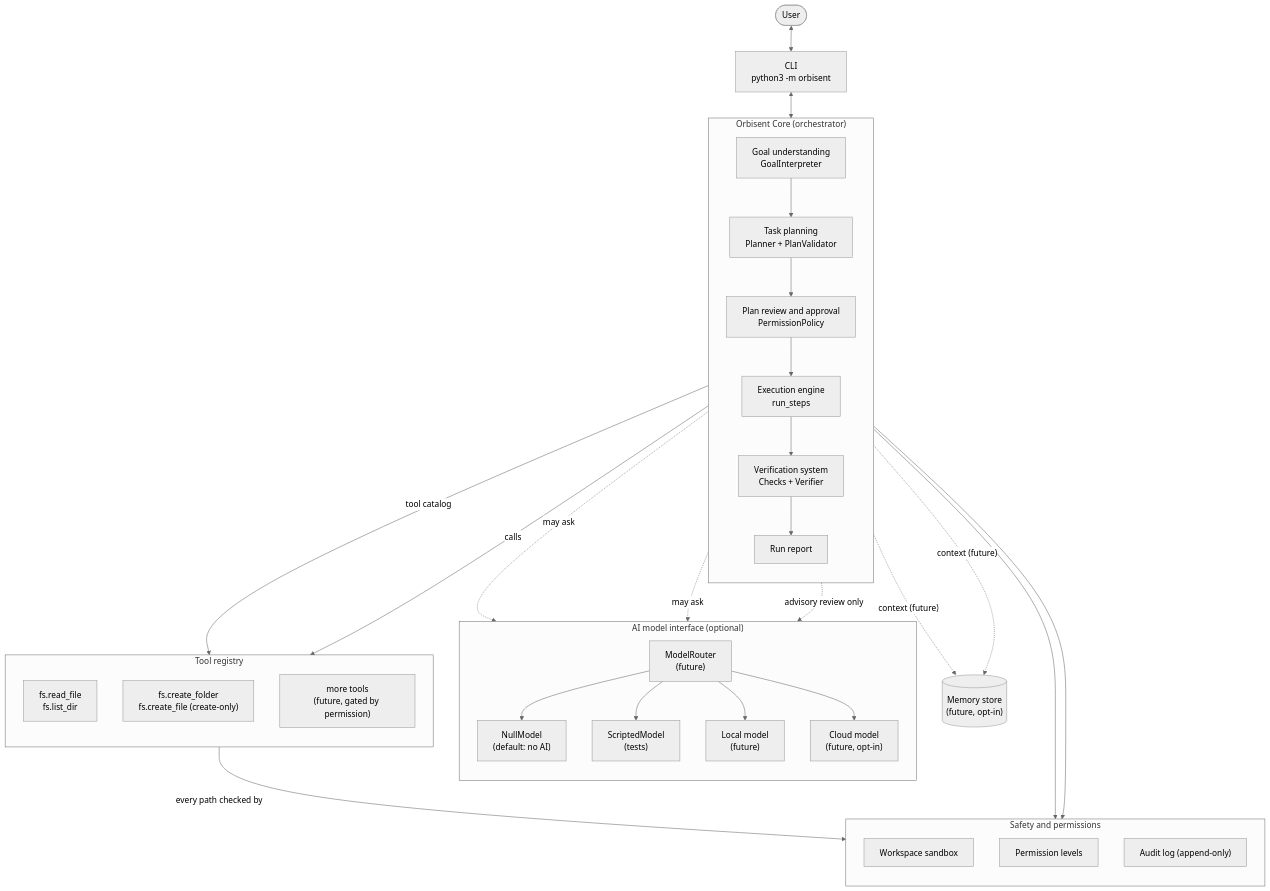
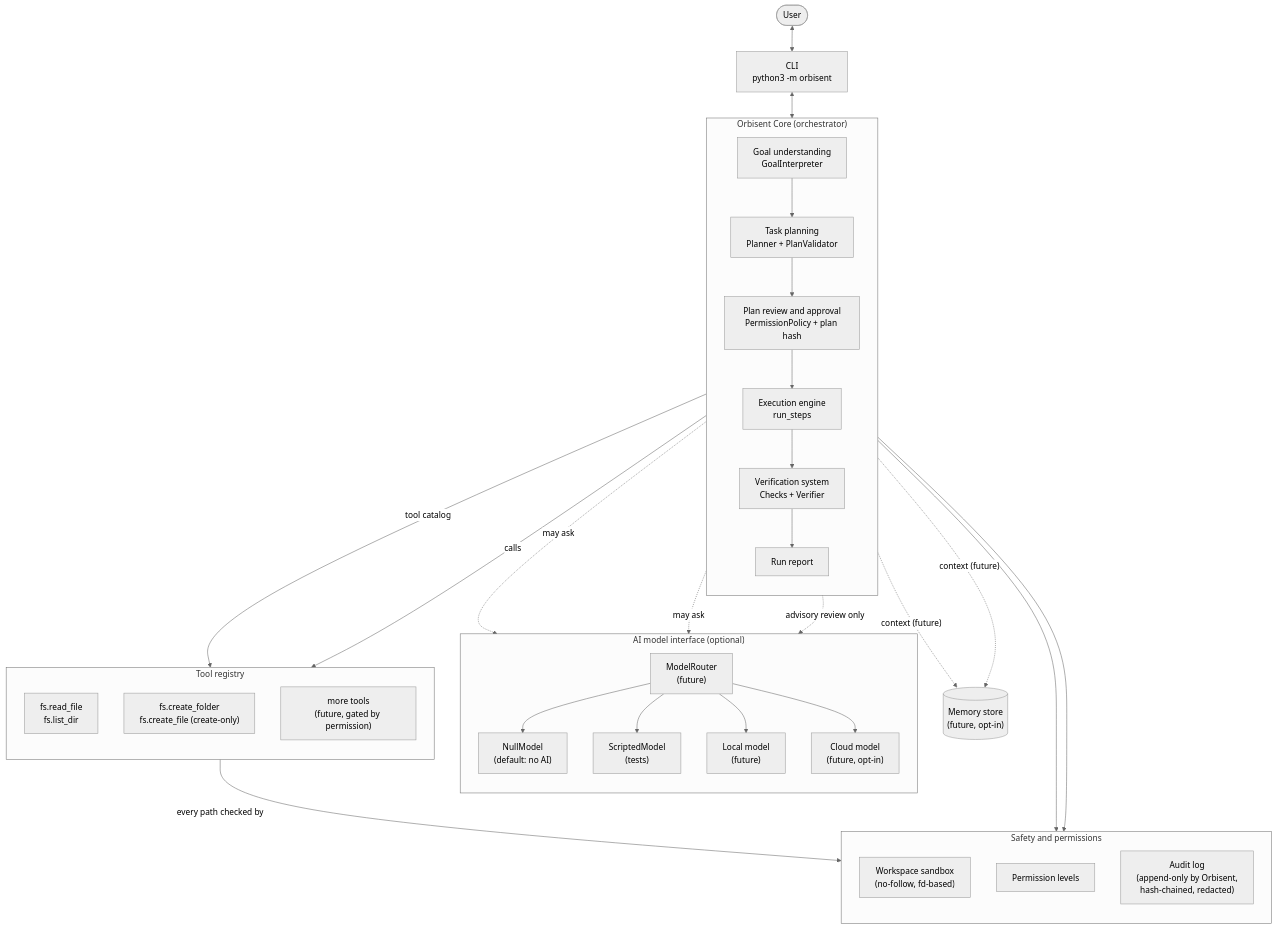
One commit to kirilliusbrekhem-hub/Orbisent changed the first of 2 diagrams in ARCHITECTURE_1.0.md. Above: the diagram before and after it, drawn with Mermaid (neutral theme). The commit also changed other lines of this file, not shown here.

First line of the commit message:
Revise 1.0 architecture: sandbox, audit, privacy and plan-bound approval

````diff
--- a/ARCHITECTURE_1.0.md
+++ b/ARCHITECTURE_1.0.md
@@ -62,54 +62,54 @@
 ```mermaid
 flowchart TB
     user(["User"])
     cli["CLI<br/>python3 -m orbisent"]
 
     subgraph core["Orbisent Core (orchestrator)"]
         direction TB
         understand["Goal understanding<br/>GoalInterpreter"]
         plan["Task planning<br/>Planner + PlanValidator"]
-        approve["Plan review and approval<br/>PermissionPolicy"]
+        approve["Plan review and approval<br/>PermissionPolicy + plan hash"]
         execute["Execution engine<br/>run_steps"]
         verify["Verification system<br/>Checks + Verifier"]
         report["Run report"]
         understand --> plan --> approve --> execute --> verify --> report
     end
 
     subgraph models["AI model interface (optional)"]
         direction TB
         router["ModelRouter<br/>(future)"]
         nullm["NullModel<br/>(default: no AI)"]
         scripted["ScriptedModel<br/>(tests)"]
         localm["Local model<br/>(future)"]
         cloudm["Cloud model<br/>(future, opt-in)"]
         router --> nullm & scripted & localm & cloudm
     end
 
     subgraph tools["Tool registry"]
         direction TB
         fsread["fs.read_file<br/>fs.list_dir"]
         fscreate["fs.create_folder<br/>fs.create_file (create-only)"]
         later["more tools<br/>(future, gated by permission)"]
     end
 
     subgraph safety["Safety and permissions"]
         direction TB
-        sandbox["Workspace sandbox"]
+        sandbox["Workspace sandbox<br/>(no-follow, fd-based)"]
         policy["Permission levels"]
-        audit["Audit log (append-only)"]
+        audit["Audit log<br/>(append-only by Orbisent,<br/>hash-chained, redacted)"]
     end
 
     memory[("Memory store<br/>(future, opt-in)")]
 
     user <--> cli <--> core
     understand -. "may ask" .-> models
     plan -. "may ask" .-> models
     verify -. "advisory review only" .-> models
     plan -- "tool catalog" --> tools
     execute -- "calls" --> tools
     tools -- "every path checked by" --> sandbox
     approve --> policy
     core --> audit
     understand -. "context (future)" .-> memory
     plan -. "context (future)" .-> memory
 ```
````
